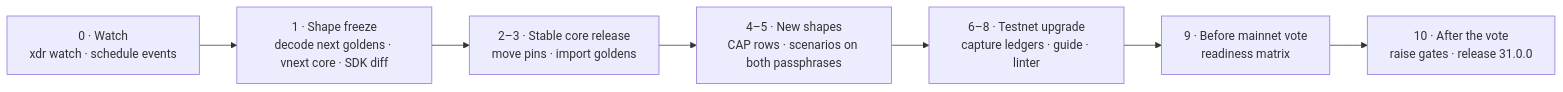
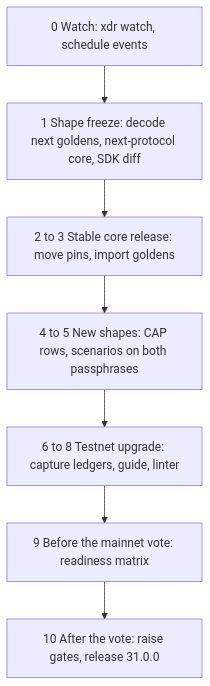
The diagram in apps/docs/architecture/protocol-upgrades.mdx (tolgayayci/xdrcheck), drawn with Mermaid before and after one commit. The commit also changed other lines of this file and 65 other files, not shown here.

````diff
--- a/apps/docs/architecture/protocol-upgrades.mdx
+++ b/apps/docs/architecture/protocol-upgrades.mdx
@@ -87,9 +89,9 @@
 ```mermaid
-flowchart LR
-  W["0 · Watch<br/>xdr watch · schedule events"] --> F["1 · Shape freeze<br/>decode next goldens · vnext core · SDK diff"]
-  F --> P["2–3 · Stable core release<br/>move pins · import goldens"]
-  P --> N["4–5 · New shapes<br/>CAP rows · scenarios on both passphrases"]
-  N --> T["6–8 · Testnet upgrade<br/>capture ledgers · guide · linter"]
-  T --> R["9 · Before mainnet vote<br/>readiness matrix"]
-  R --> X["10 · After the vote<br/>raise gates · release 31.0.0"]
+flowchart TD
+  W["0 Watch: xdr watch, schedule events"] --> F["1 Shape freeze: decode next goldens, next-protocol core, SDK diff"]
+  F --> P["2 to 3 Stable core release: move pins, import goldens"]
+  P --> N["4 to 5 New shapes: CAP rows, scenarios on both passphrases"]
+  N --> T["6 to 8 Testnet upgrade: capture ledgers, guide, linter"]
+  T --> R["9 Before the mainnet vote: readiness matrix"]
+  R --> X["10 After the vote: raise gates, release 31.0.0"]
 ```
````
